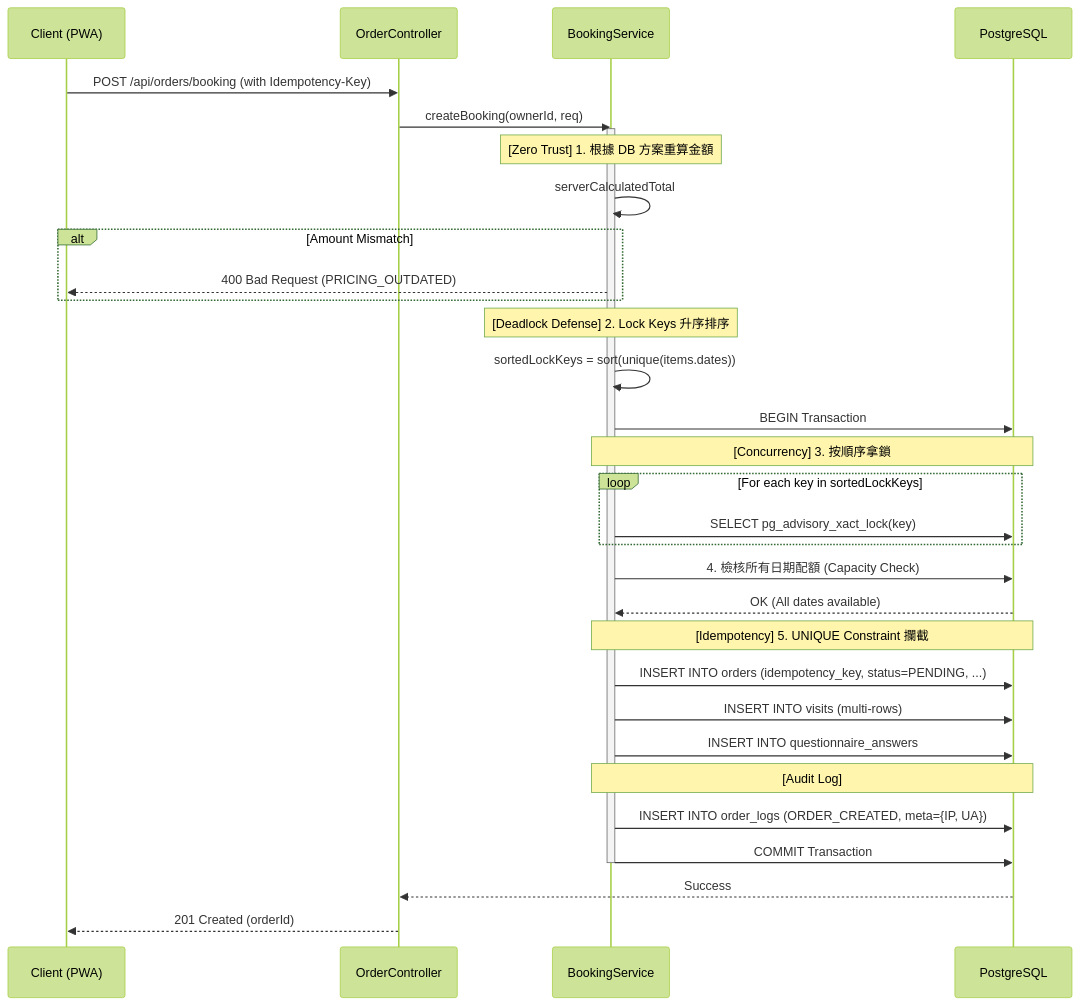
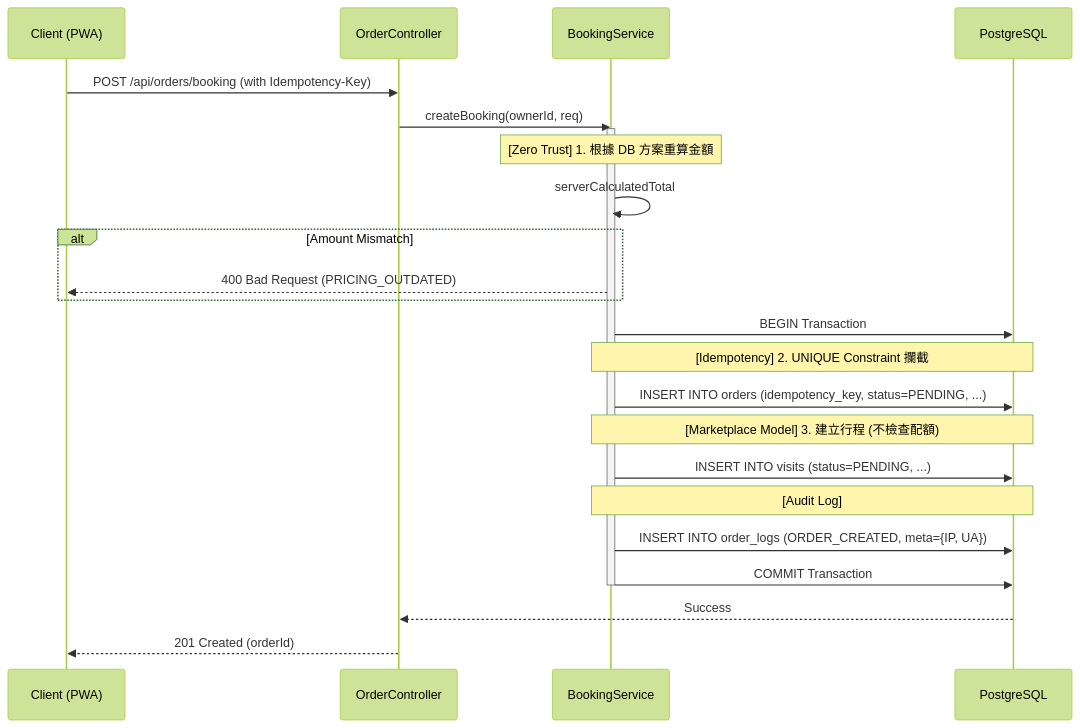
The diagram in docs/sd/SD-005-public-booking.md (willchiangch/cat-sitter-project), drawn with Mermaid (forest theme) before and after one commit. The commit also changed other lines of this file and 40 other files, not shown here.

````diff
--- a/docs/sd/SD-005-public-booking.md
+++ b/docs/sd/SD-005-public-booking.md
@@ -59,45 +50,34 @@
 ```mermaid
 sequenceDiagram
     participant C as Client (PWA)
     participant API as OrderController
     participant SVC as BookingService
     participant DB as PostgreSQL
 
     C->>API: POST /api/orders/booking (with Idempotency-Key)
     API->>SVC: createBooking(ownerId, req)
     
     activate SVC
     Note over SVC: [Zero Trust] 1. 根據 DB 方案重算金額
     SVC->>SVC: serverCalculatedTotal
     alt Amount Mismatch
         SVC-->>C: 400 Bad Request (PRICING_OUTDATED)
     end
 
-    Note over SVC: [Deadlock Defense] 2. Lock Keys 升序排序
-    SVC->>SVC: sortedLockKeys = sort(unique(items.dates))
-
     SVC->>DB: BEGIN Transaction
     
-    Note over SVC, DB: [Concurrency] 3. 按順序拿鎖
-    loop For each key in sortedLockKeys
-        SVC->>DB: SELECT pg_advisory_xact_lock(key)
-    end
-    
-    SVC->>DB: 4. 檢核所有日期配額 (Capacity Check)
-    DB-->>SVC: OK (All dates available)
-    
-    Note over SVC, DB: [Idempotency] 5. UNIQUE Constraint 攔截
+    Note over SVC, DB: [Idempotency] 2. UNIQUE Constraint 攔截
     SVC->>DB: INSERT INTO orders (idempotency_key, status=PENDING, ...)
     
-    SVC->>DB: INSERT INTO visits (multi-rows)
-    SVC->>DB: INSERT INTO questionnaire_answers
+    Note over SVC, DB: [Marketplace Model] 3. 建立行程 (不檢查配額)
+    SVC->>DB: INSERT INTO visits (status=PENDING, ...)
     
     Note over SVC, DB: [Audit Log]
     SVC->>DB: INSERT INTO order_logs (ORDER_CREATED, meta={IP, UA})
     
     SVC->>DB: COMMIT Transaction
     deactivate SVC
     
     DB-->>API: Success
     API-->>C: 201 Created (orderId)
 ```
````
